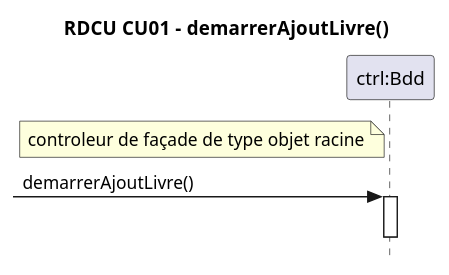
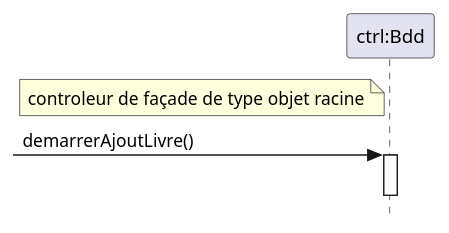
The third of 14 diagrams in DCU-CU-MDD-DSS-CON-RDCU-DCC/MDD-DSS-CON-RDCU-DCL-systeme-echange-livre.md (yvanross/LOG210-exercices), drawn with PlantUML before and after one commit. The commit also changed other lines of this file and 50 other files, not shown here.

````diff
--- a/DCU-CU-MDD-DSS-CON-RDCU-DCC/MDD-DSS-CON-RDCU-DCL-systeme-echange-livre.md
+++ b/DCU-CU-MDD-DSS-CON-RDCU-DCC/MDD-DSS-CON-RDCU-DCL-systeme-echange-livre.md
@@ -118,15 +118,11 @@
 ```plantuml
 @startuml
 skinparam style strictuml
-title RDCU CU01 -  demarrerAjoutLivre()
-
-
 participant "ctrl:Bdd" as S
 note left of S: controleur de façade de type objet racine
-
 
  -> S: demarrerAjoutLivre()
 activate S
 deactivate S
 @enduml
 ```
````
